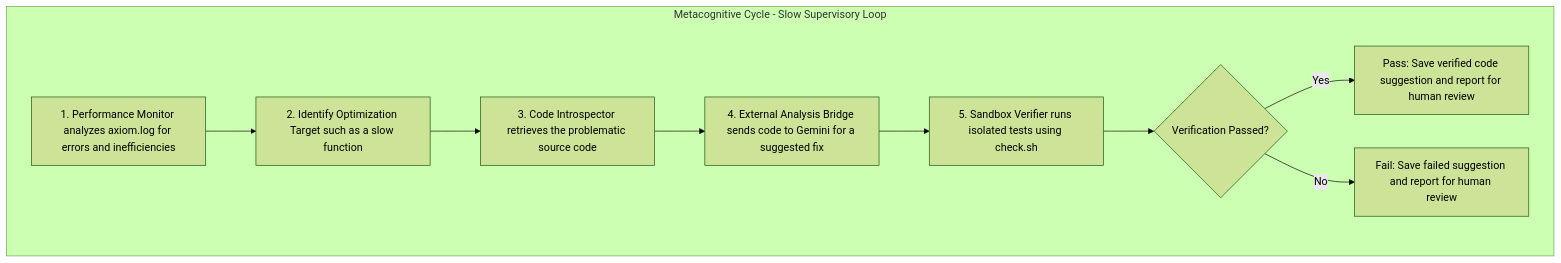
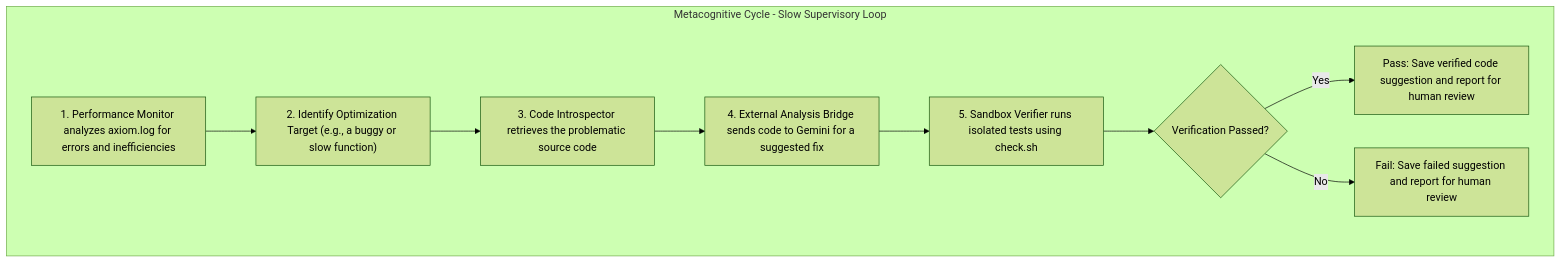
The second of 3 diagrams in README.md (vicsanity623/Axiom-Agent), drawn with Mermaid before and after one commit. The commit also changed other lines of this file and 3 other files, not shown here.

````diff
--- a/README.md
+++ b/README.md
@@ -86,18 +92,18 @@
 ```mermaid
 %%{init: {"theme": "forest"}}%%
 flowchart TD
     subgraph MetacognitiveEngine ["Metacognitive Cycle - Slow Supervisory Loop"]
         M1["1. Performance Monitor analyzes axiom.log for errors and inefficiencies"]
-        M2["2. Identify Optimization Target such as a slow function"]
+        M2["2. Identify Optimization Target (e.g., a buggy or slow function)"]
         M3["3. Code Introspector retrieves the problematic source code"]
         M4["4. External Analysis Bridge sends code to Gemini for a suggested fix"]
         M5["5. Sandbox Verifier runs isolated tests using check.sh"]
         M6{Verification Passed?}
         M7["Pass: Save verified code suggestion and report for human review"]
         M8["Fail: Save failed suggestion and report for human review"]
         
         M1 --> M2 --> M3 --> M4 --> M5 --> M6
         M6 -- Yes --> M7
         M6 -- No --> M8
     end
 ```
````
